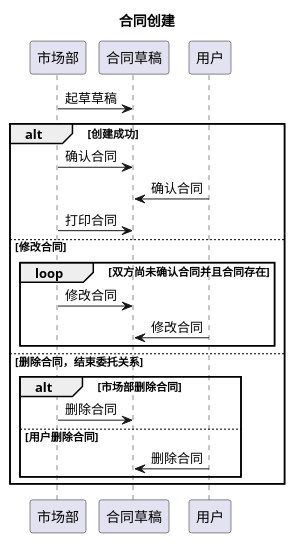
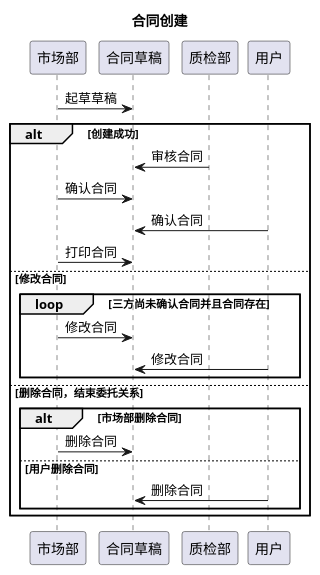
Before and after one commit to TheGreatAutomata/SE2022-SoftwareTestsSystem: the diagram in file/需求/contractBuild.puml, drawn with PlantUML. The commit also changed 7 other files, not shown here.

```diff
--- a/file/需求/contractBuild.puml
+++ b/file/需求/contractBuild.puml
@@ -1,26 +1,27 @@
 @startuml 合同创建
 title 合同创建
 
 市场部->合同草稿:起草草稿
 
 alt 创建成功
 
+    质检部->合同草稿:审核合同
     市场部->合同草稿:确认合同
     用户->合同草稿:确认合同
     市场部->合同草稿:打印合同
 
 else 修改合同
-    loop 双方尚未确认合同并且合同存在
+    loop 三方尚未确认合同并且合同存在
         市场部->合同草稿:修改合同
         用户->合同草稿:修改合同
     end
 
 else 删除合同，结束委托关系
     alt 市场部删除合同
         市场部->合同草稿:删除合同
     else 用户删除合同
         用户->合同草稿:删除合同
     end
 
 end
 @enduml
```
